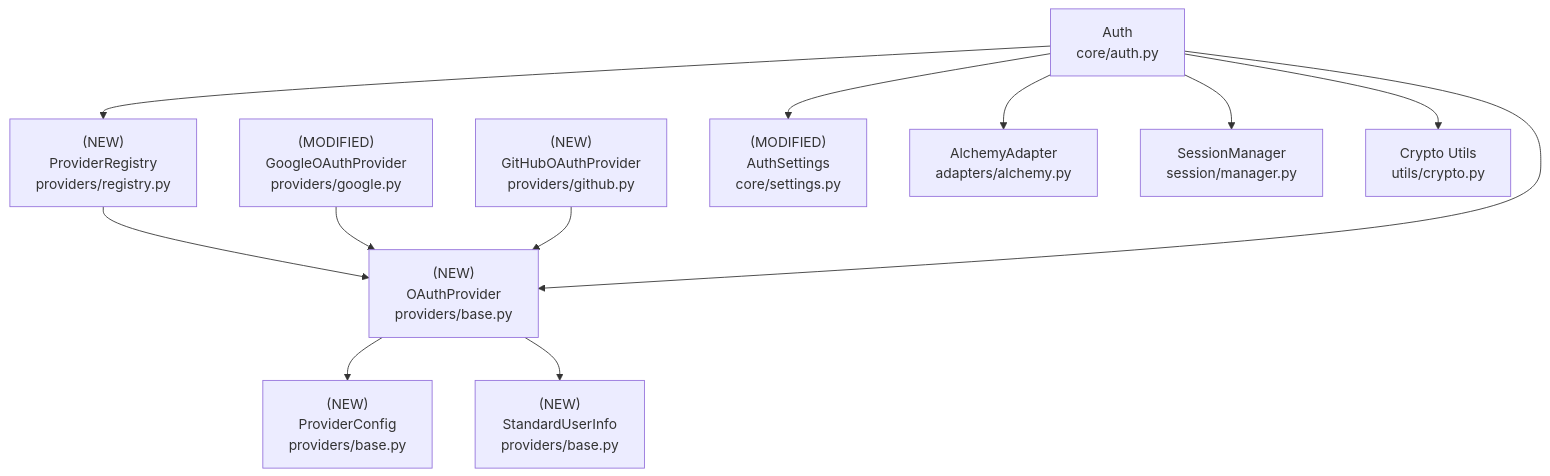
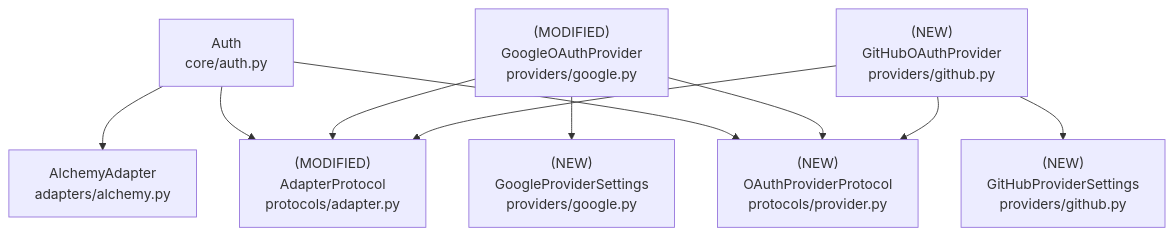
One commit to mplemay/belgie changed the third of 3 diagrams in design/002-generic-oauth-providers.md. Above: the diagram before and after it, drawn with Mermaid. The commit also changed other lines of this file, not shown here.

````diff
--- a/design/002-generic-oauth-providers.md
+++ b/design/002-generic-oauth-providers.md
@@ -287,26 +302,21 @@
 ```mermaid
 graph TD
     Auth["Auth<br/>core/auth.py"]
-    Registry["(NEW)<br/>ProviderRegistry<br/>providers/registry.py"]
-    OAuthProvider["(NEW)<br/>OAuthProvider<br/>providers/base.py"]
-    ProviderConfig["(NEW)<br/>ProviderConfig<br/>providers/base.py"]
-    StandardUserInfo["(NEW)<br/>StandardUserInfo<br/>providers/base.py"]
+    ProviderProtocol["(NEW)<br/>OAuthProviderProtocol<br/>protocols/provider.py"]
+    AdapterProtocol["(MODIFIED)<br/>AdapterProtocol<br/>protocols/adapter.py"]
     GoogleProvider["(MODIFIED)<br/>GoogleOAuthProvider<br/>providers/google.py"]
+    GoogleSettings["(NEW)<br/>GoogleProviderSettings<br/>providers/google.py"]
     GitHubProvider["(NEW)<br/>GitHubOAuthProvider<br/>providers/github.py"]
-    AuthSettings["(MODIFIED)<br/>AuthSettings<br/>core/settings.py"]
+    GitHubSettings["(NEW)<br/>GitHubProviderSettings<br/>providers/github.py"]
     Adapter["AlchemyAdapter<br/>adapters/alchemy.py"]
-    SessionManager["SessionManager<br/>session/manager.py"]
-    Crypto["Crypto Utils<br/>utils/crypto.py"]
 
-    Auth --> Registry
-    Auth --> AuthSettings
+    Auth --> ProviderProtocol
+    Auth --> AdapterProtocol
     Auth --> Adapter
-    Auth --> SessionManager
-    Auth --> Crypto
-    Registry --> OAuthProvider
-    OAuthProvider --> ProviderConfig
-    OAuthProvider --> StandardUserInfo
-    GoogleProvider --> OAuthProvider
-    GitHubProvider --> OAuthProvider
-    Auth --> OAuthProvider
+    GoogleProvider --> ProviderProtocol
+    GoogleProvider --> GoogleSettings
+    GoogleProvider --> AdapterProtocol
+    GitHubProvider --> ProviderProtocol
+    GitHubProvider --> GitHubSettings
+    GitHubProvider --> AdapterProtocol
 ```
````
